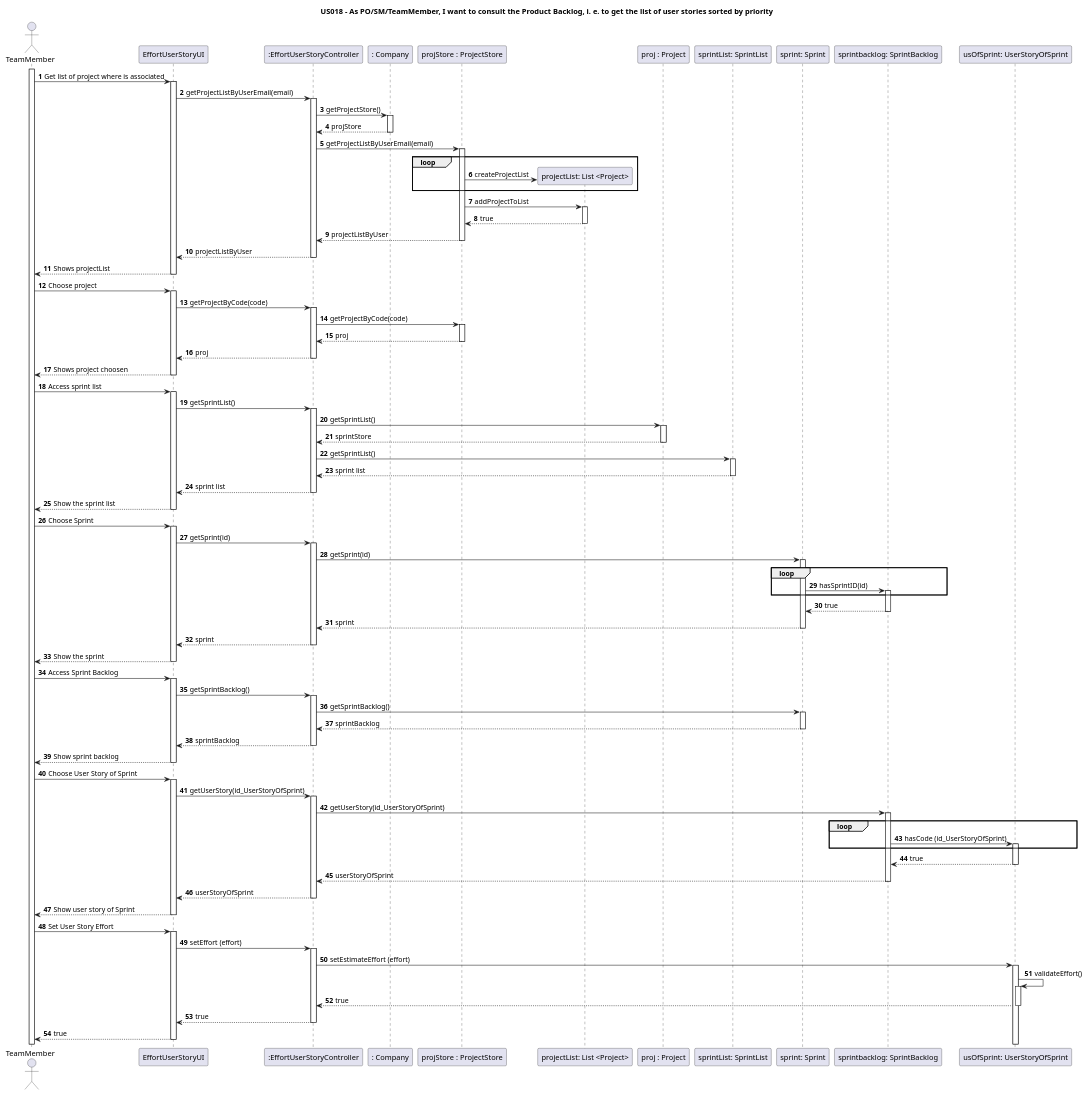
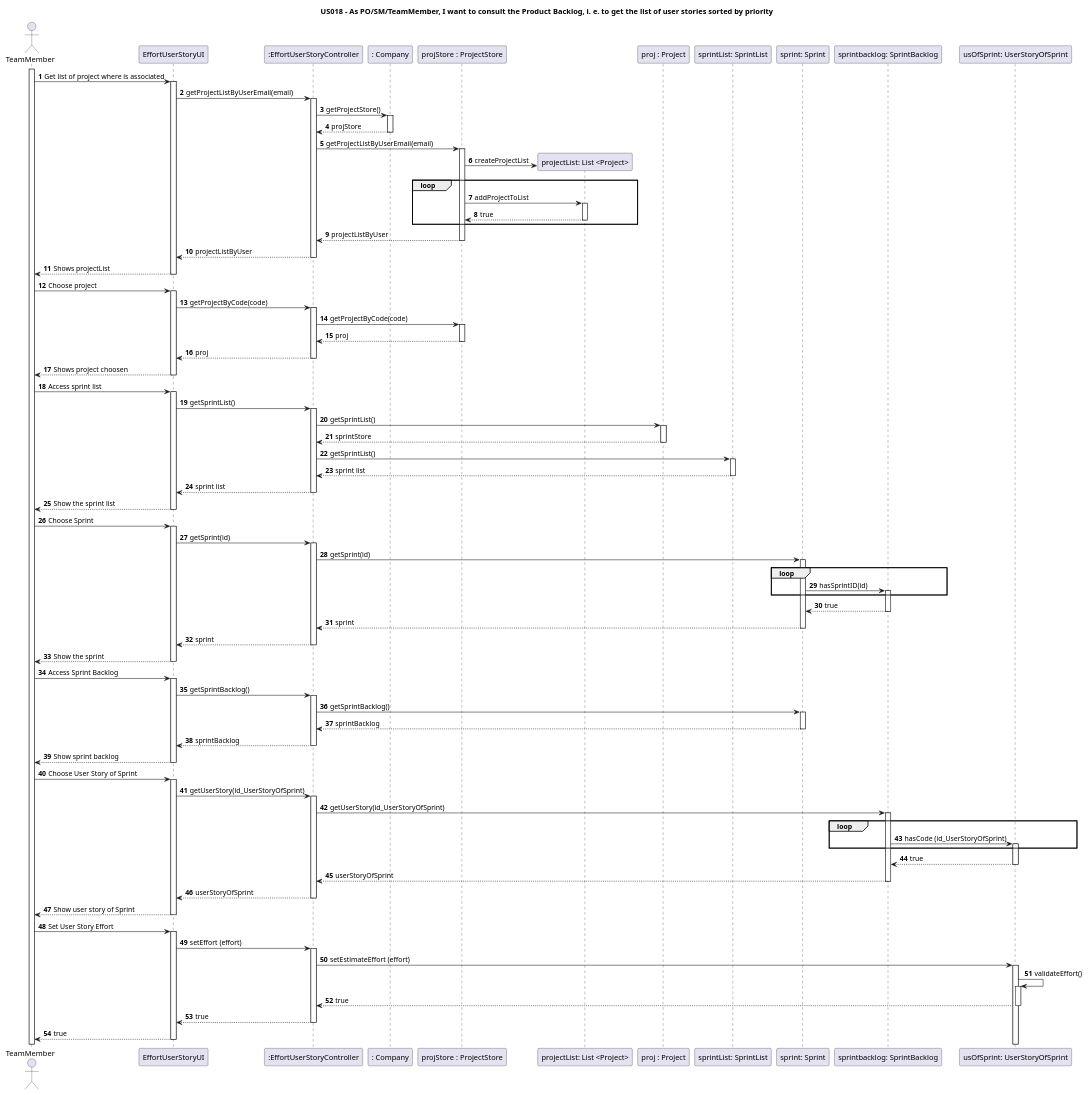
One commit to nunogon1211787/projectManagement changed the diagram in docs/Sprint2/US019/US019-SD.puml. Above: the diagram before and after it, drawn with PlantUML.

Commit message:
US19 loop change

```diff
--- a/docs/Sprint2/US019/US019-SD.puml
+++ b/docs/Sprint2/US019/US019-SD.puml
@@ -1,91 +1,92 @@
 @startuml
 'https://plantuml.com/sequence-diagram
 
 title US018 - As PO/SM/TeamMember, I want to consult the Product Backlog, i. e. to get the list of user stories sorted by priority
 
 autoactivate on
 autonumber
 
 actor "TeamMember" as User
 participant "EffortUserStoryUI" as System
 participant ":EffortUserStoryController" as Ctrl
 participant ": Company" as C1
 participant "projStore : ProjectStore" as C2
 participant "projectList: List <Project>" as C2.1
 participant "proj : Project" as C3
 participant "sprintList: SprintList" as C4
 participant "sprint: Sprint" as C5
 participant "sprintbacklog: SprintBacklog" as C6
 participant "usOfSprint: UserStoryOfSprint" as C7
 
 activate User
 
 User -> System: Get list of project where is associated
 System -> Ctrl: getProjectListByUserEmail(email)
 Ctrl -> C1: getProjectStore()
 C1 --> Ctrl: projStore
 Ctrl -> C2: getProjectListByUserEmail(email)
+
+C2 -> C2.1 ** : createProjectList
 loop
-C2 -> C2.1 ** : createProjectList
-end
 C2-> C2.1 : addProjectToList
 C2.1 --> C2 : true
+end
 
 
 C2 --> Ctrl: projectListByUser
 Ctrl --> System: projectListByUser
 System --> User : Shows projectList
 User -> System: Choose project
 System -> Ctrl: getProjectByCode(code)
 Ctrl -> C2 : getProjectByCode(code)
 C2 --> Ctrl : proj
 Ctrl --> System : proj
 System --> User :Shows project choosen
 
 User -> System: Access sprint list
 System -> Ctrl: getSprintList()
 Ctrl-> C3 : getSprintList()
 C3 --> Ctrl : sprintStore
 Ctrl -> C4 : getSprintList()
 C4 --> Ctrl : sprint list
 Ctrl --> System : sprint list
 System --> User : Show the sprint list
 
 User -> System: Choose Sprint
 System -> Ctrl: getSprint(id)
 Ctrl -> C5 : getSprint(id)
 loop
 C5-> C6 : hasSprintID(id)
 end
 C6-->C5 : true
 C5 -->Ctrl: sprint
 Ctrl --> System: sprint
 System --> User: Show the sprint
 
 User-> System : Access Sprint Backlog
 System -> Ctrl: getSprintBacklog()
 Ctrl -> C5 : getSprintBacklog()
 C5 --> Ctrl : sprintBacklog
 Ctrl --> System: sprintBacklog
 System --> User : Show sprint backlog
 
 User -> System: Choose User Story of Sprint
 System -> Ctrl: getUserStory(id_UserStoryOfSprint)
 Ctrl -> C6: getUserStory(id_UserStoryOfSprint)
 loop
 C6 -> C7 : hasCode (id_UserStoryOfSprint)
 end
 C7 --> C6 : true
 C6 -->Ctrl : userStoryOfSprint
 Ctrl --> System: userStoryOfSprint
 System --> User: Show user story of Sprint
 
 User -> System: Set User Story Effort
 System -> Ctrl: setEffort (effort)
 Ctrl -> C7 : setEstimateEffort (effort)
 C7 -> C7 : validateEffort()
 C7 --> Ctrl: true
 Ctrl --> System: true
 System --> User: true
 
 @enduml
```
